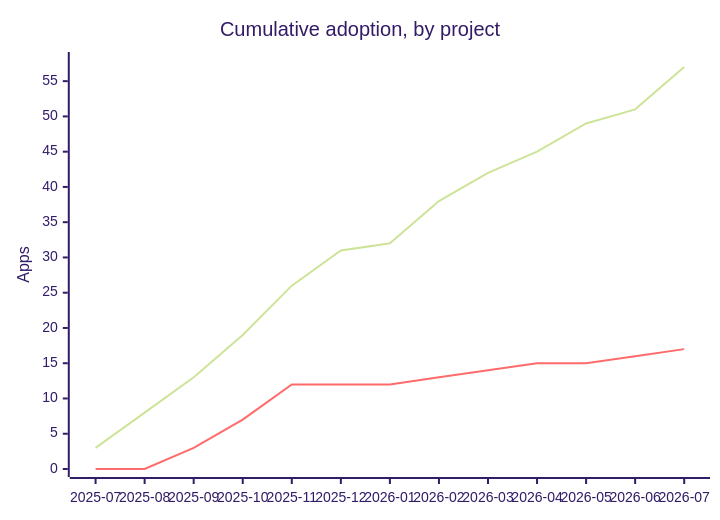
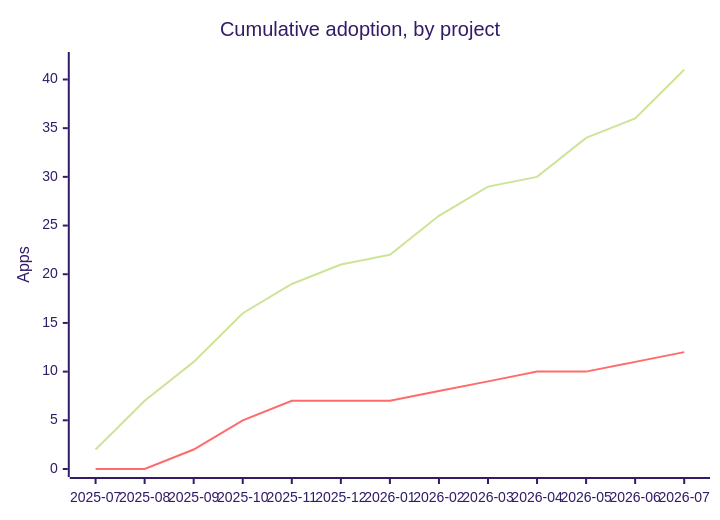
One commit to marcoroth/herb-corpus changed the first of 2 diagrams in README.md. Above: the diagram before and after it, drawn with Mermaid (forest theme). The commit also changed other lines of this file and 1083 other files, not shown here.

````diff
--- a/README.md
+++ b/README.md
@@ -415,8 +357,8 @@
 ```mermaid
 xychart
   title "Cumulative adoption, by project"
   x-axis ["2025-07", "2025-08", "2025-09", "2025-10", "2025-11", "2025-12", "2026-01", "2026-02", "2026-03", "2026-04", "2026-05", "2026-06", "2026-07"]
-  y-axis "Apps" 0 --> 58
-  line [3, 8, 13, 19, 26, 31, 32, 38, 42, 45, 49, 51, 57]
-  line [0, 0, 3, 7, 12, 12, 12, 13, 14, 15, 15, 16, 17]
+  y-axis "Apps" 0 --> 42
+  line [2, 7, 11, 16, 19, 21, 22, 26, 29, 30, 34, 36, 41]
+  line [0, 0, 2, 5, 7, 7, 7, 8, 9, 10, 10, 11, 12]
 ```
````
